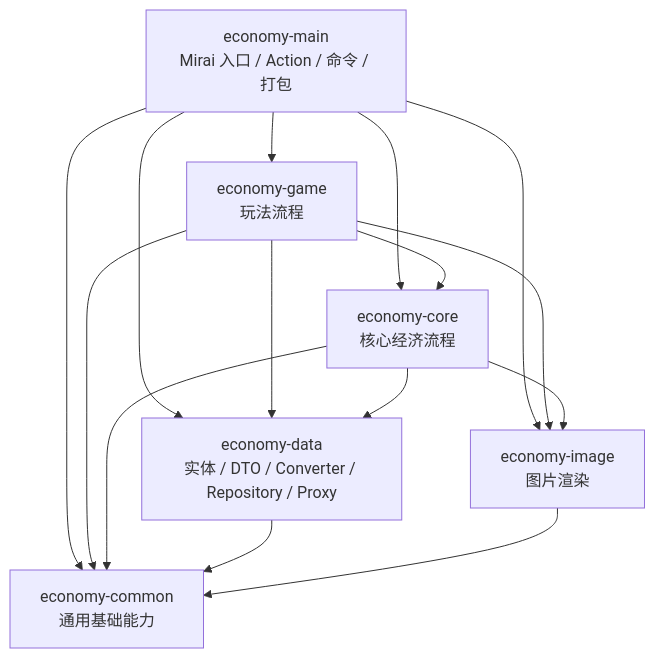
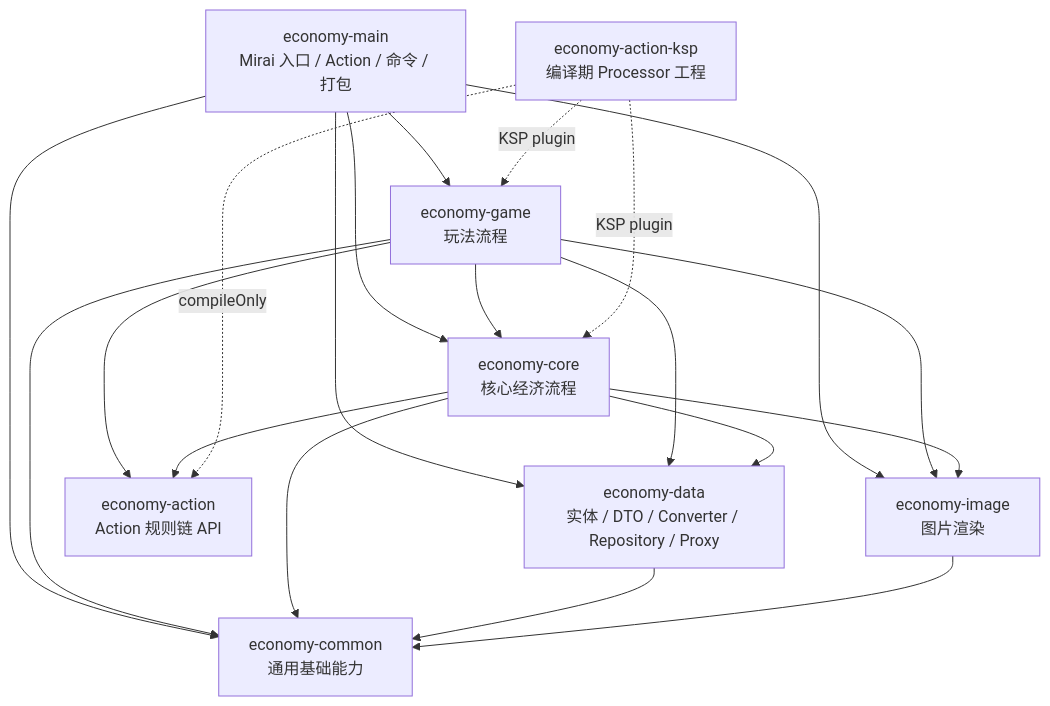
The first of 4 diagrams in docs/项目结构说明.md (Moyuyanli/HuYanEconomy), drawn with Mermaid before and after one commit. The commit also changed other lines of this file and 33 other files, not shown here.

````diff
--- a/docs/项目结构说明.md
+++ b/docs/项目结构说明.md
@@ -149,24 +157,31 @@
 ```mermaid
 graph TD
     Main[economy-main<br/>Mirai 入口 / Action / 命令 / 打包]
     Game[economy-game<br/>玩法流程]
     Core[economy-core<br/>核心经济流程]
     Data[economy-data<br/>实体 / DTO / Converter / Repository / Proxy]
     Image[economy-image<br/>图片渲染]
     Common[economy-common<br/>通用基础能力]
+    Action[economy-action<br/>Action 规则链 API]
+    ActionKsp[economy-action-ksp<br/>编译期 Processor 工程]
 
     Main --> Game
     Main --> Core
     Main --> Data
     Main --> Image
     Main --> Common
     Game --> Core
+    Game --> Action
     Game --> Data
     Game --> Image
     Game --> Common
     Core --> Data
+    Core --> Action
     Core --> Image
     Core --> Common
     Data --> Common
     Image --> Common
+    ActionKsp -. compileOnly .-> Action
+    ActionKsp -. KSP plugin .-> Core
+    ActionKsp -. KSP plugin .-> Game
 ```
````
